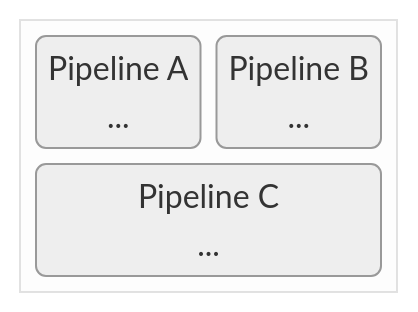
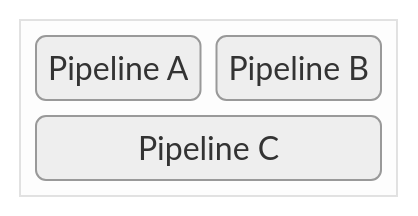
One commit to VirtualMetric/virtualmetric-docs changed the eighth of 12 diagrams in docs/administration/pipelines/quick-start.mdx. Above: the diagram before and after it, drawn with Mermaid (neutral theme). The commit also changed other lines of this file and 3 other files, not shown here.

````diff
--- a/docs/administration/pipelines/quick-start.mdx
+++ b/docs/administration/pipelines/quick-start.mdx
@@ -79,9 +129,9 @@
   ```mermaid
   block-beta
     block
       columns 2
-      A("Pipeline A\n..."):1
-      B("Pipeline B\n..."):1
-      C("Pipeline C\n..."):2
+      A("Pipeline A"):1
+      B("Pipeline B"):1
+      C("Pipeline C"):2
     end
   ```
````
